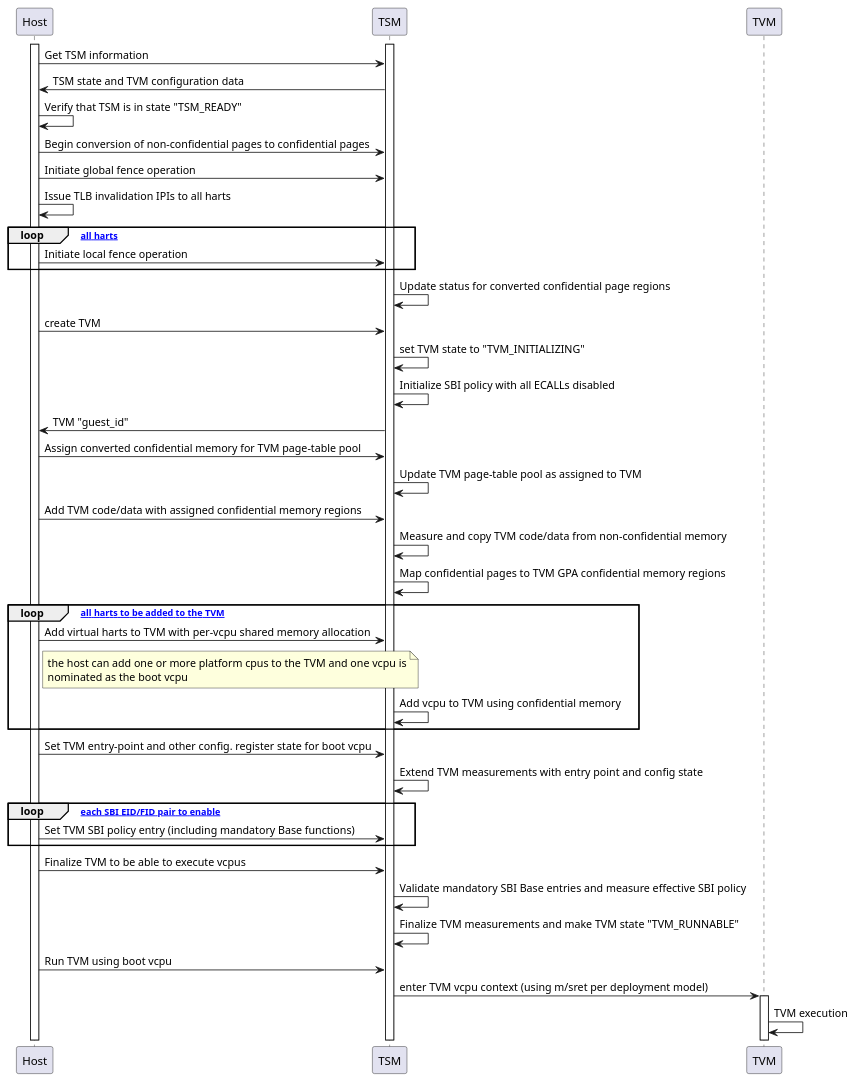
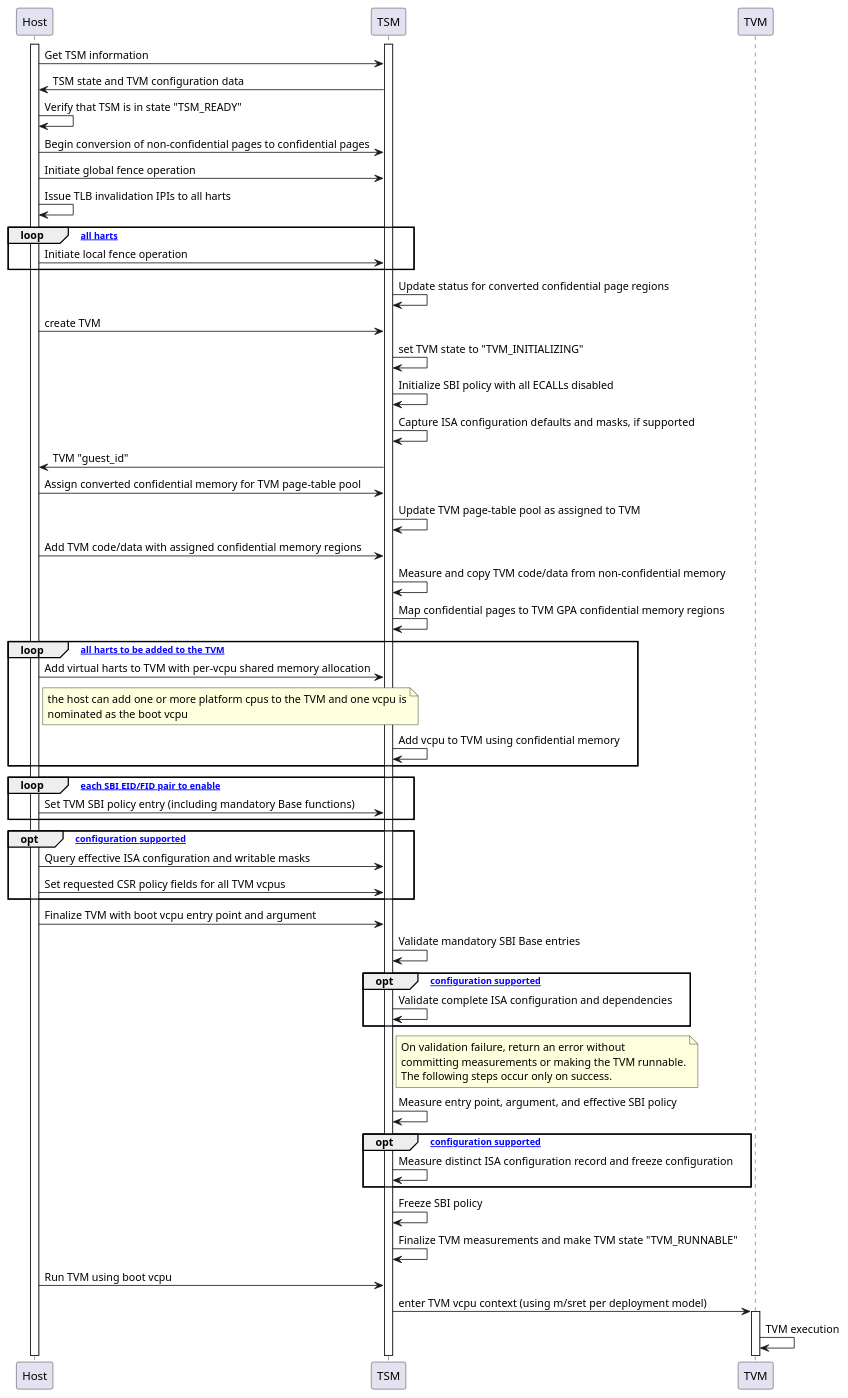
The first of 3 diagrams in src/sbi_cove.adoc (riscv-non-isa/riscv-ap-tee), drawn with PlantUML before and after one commit. The commit also changed other lines of this file and 3 other files, not shown here.

First line of the commit message:
Add ISA TVM controls

```diff
--- a/src/sbi_cove.adoc
+++ b/src/sbi_cove.adoc
@@ -538,62 +646,78 @@
 [plantuml]
 ....
 @startuml
 
 activate Host
 activate TSM
 
 Host -> TSM: Get TSM information
 TSM -> Host: TSM state and TVM configuration data
 
 Host -> Host: Verify that TSM is in state "TSM_READY"
 
 Host -> TSM: Begin conversion of non-confidential pages to confidential pages
 Host -> TSM: Initiate global fence operation
 
 Host -> Host: Issue TLB invalidation IPIs to all harts
 loop [On all harts]
 Host -> TSM: Initiate local fence operation
 end
 
 TSM -> TSM: Update status for converted confidential page regions
 
 Host -> TSM: create TVM
 TSM -> TSM: set TVM state to "TVM_INITIALIZING"
 TSM -> TSM: Initialize SBI policy with all ECALLs disabled
+TSM -> TSM: Capture ISA configuration defaults and masks, if supported
 TSM -> Host: TVM "guest_id"
 
 Host -> TSM: Assign converted confidential memory for TVM page-table pool
 TSM -> TSM: Update TVM page-table pool as assigned to TVM
 
 Host -> TSM: Add TVM code/data with assigned confidential memory regions
 TSM -> TSM: Measure and copy TVM code/data from non-confidential memory
 TSM -> TSM: Map confidential pages to TVM GPA confidential memory regions
 
 loop [On all harts to be added to the TVM]
 Host -> TSM: Add virtual harts to TVM with per-vcpu shared memory allocation
 note right of Host
   the host can add one or more platform cpus to the TVM and one vcpu is
   nominated as the boot vcpu
 end note
 TSM -> TSM: Add vcpu to TVM using confidential memory
 end
 
-Host -> TSM: Set TVM entry-point and other config. register state for boot vcpu
-TSM -> TSM: Extend TVM measurements with entry point and config state
-
 loop [For each SBI EID/FID pair to enable]
 Host -> TSM: Set TVM SBI policy entry (including mandatory Base functions)
 end
 
-Host -> TSM: Finalize TVM to be able to execute vcpus
-TSM -> TSM: Validate mandatory SBI Base entries and measure effective SBI policy
+opt [ISA configuration supported]
+Host -> TSM: Query effective ISA configuration and writable masks
+Host -> TSM: Set requested CSR policy fields for all TVM vcpus
+end
+
+Host -> TSM: Finalize TVM with boot vcpu entry point and argument
+TSM -> TSM: Validate mandatory SBI Base entries
+opt [ISA configuration supported]
+TSM -> TSM: Validate complete ISA configuration and dependencies
+end
+note right of TSM
+  On validation failure, return an error without
+  committing measurements or making the TVM runnable.
+  The following steps occur only on success.
+end note
+TSM -> TSM: Measure entry point, argument, and effective SBI policy
+opt [ISA configuration supported]
+TSM -> TSM: Measure distinct ISA configuration record and freeze configuration
+end
+TSM -> TSM: Freeze SBI policy
 TSM -> TSM: Finalize TVM measurements and make TVM state "TVM_RUNNABLE"
 
 Host -> TSM: Run TVM using boot vcpu
 TSM -> TVM: enter TVM vcpu context (using m/sret per deployment model)
 
 activate TVM
 TVM -> TVM: TVM execution
 
 @enduml
 ....
```
